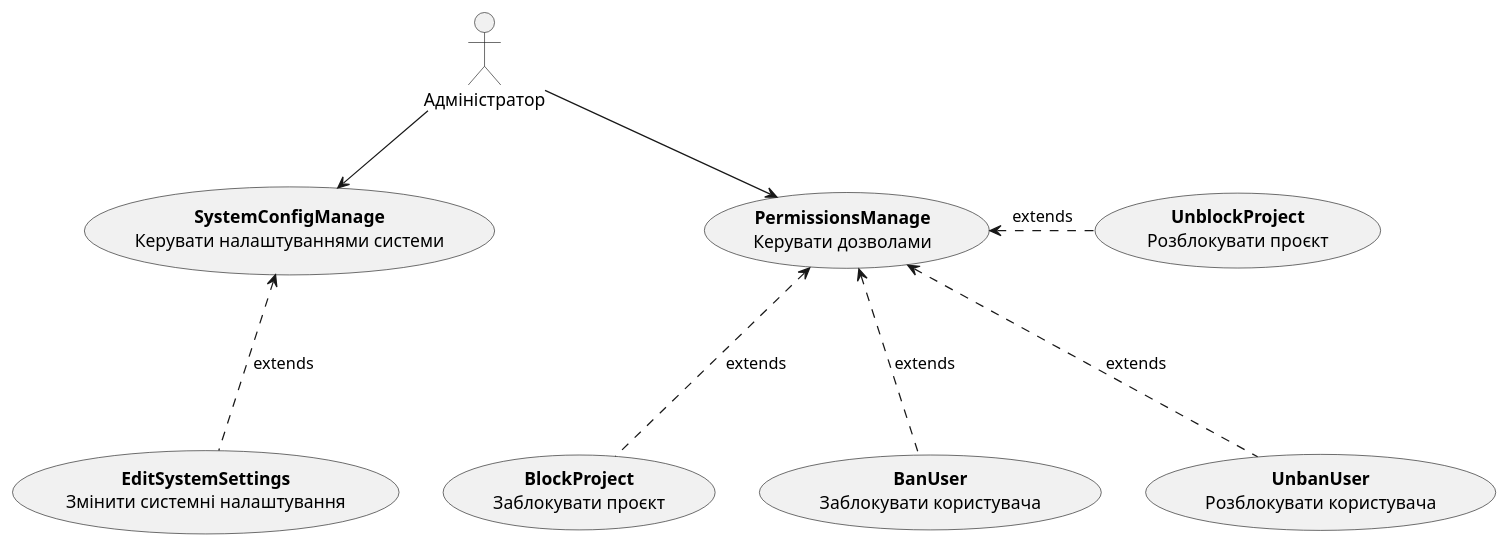
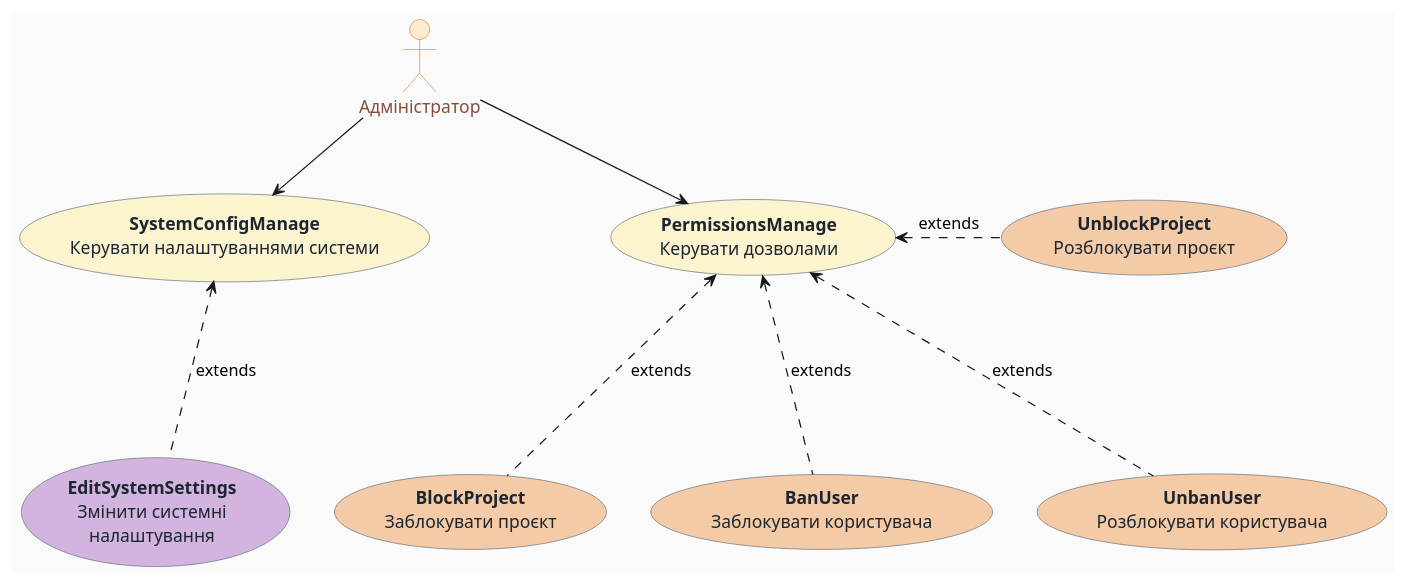
One commit to young-creator-ftf/edu_db_labs changed the fourth of 29 diagrams in docs/use cases/README.md. Above: the diagram before and after it, drawn with PlantUML. The commit also changed other lines of this file, not shown here.

```diff
--- a/docs/use cases/README.md
+++ b/docs/use cases/README.md
@@ -174,22 +244,45 @@
 @startuml
-  actor "Адміністратор" as Administrator
-  
-  usecase "<b>BlockProject</b>\nЗаблокувати проєкт" as BlockProject
-  usecase "<b>UnblockProject</b>\nРозблокувати проєкт" as UnblockProject
-  usecase "<b>BanUser</b>\nЗаблокувати користувача" as BanUser
-  usecase "<b>UnbanUser</b>\nРозблокувати користувача" as UnbanUser
-  usecase "<b>EditSystemSettings</b>\nЗмінити системні налаштування" as EditSystemSettings
-  
-  usecase "<b>PermissionsManage</b>\nКерувати дозволами" as PermissionsManage
-  usecase "<b>SystemConfigManage</b>\nКерувати налаштуваннями системи" as SystemConfigManage
+' === Загальні налаштування стилю ===
+skinparam backgroundColor #FAFAFA
+skinparam RoundCorner 12
+skinparam shadowing false
 
-  Administrator -d-> PermissionsManage
-  Administrator -d-> SystemConfigManage
-  
-  BlockProject ..u.> PermissionsManage :extends
-  UnblockProject .l.> PermissionsManage :extends
-  BanUser ..u.> PermissionsManage :extends
-  UnbanUser ..u.> PermissionsManage :extends
-  
-  EditSystemSettings ..u.> SystemConfigManage :extends
+skinparam actor {
+  BackgroundColor #FDEBD0
+  BorderColor #DC7633
+  FontColor #874E3C
+}
+
+skinparam usecase {
+  BorderColor #566573
+  FontColor #1B2631
+}
+
+' === Актор ===
+actor "Адміністратор" as Administrator
+
+' === Управління дозволами та конфігурацією ===
+usecase "<b>PermissionsManage</b>\nКерувати дозволами" as PermissionsManage #FCF3CF
+usecase "<b>SystemConfigManage</b>\nКерувати налаштуваннями системи" as SystemConfigManage #FCF3CF
+
+' === Блокування та розблокування проєктів/користувачів ===
+usecase "<b>BlockProject</b>\nЗаблокувати проєкт" as BlockProject #F5CBA7
+usecase "<b>UnblockProject</b>\nРозблокувати проєкт" as UnblockProject #F5CBA7
+usecase "<b>BanUser</b>\nЗаблокувати користувача" as BanUser #F5CBA7
+usecase "<b>UnbanUser</b>\nРозблокувати користувача" as UnbanUser #F5CBA7
+
+' === Редагування системних налаштувань ===
+usecase "<b>EditSystemSettings</b>\nЗмінити системні\nналаштування" as EditSystemSettings #D2B4DE
+
+' === Зв’язки актора з use-case-ами ===
+Administrator -d-> PermissionsManage
+Administrator -d-> SystemConfigManage
+
+' === Розширення сценаріїв ===
+BlockProject    ..u.> PermissionsManage    :extends
+UnblockProject  .l.> PermissionsManage    :extends
+BanUser         ..u.> PermissionsManage    :extends
+UnbanUser       ..u.> PermissionsManage    :extends
+
+EditSystemSettings ..u.> SystemConfigManage :extends
 @enduml
```
